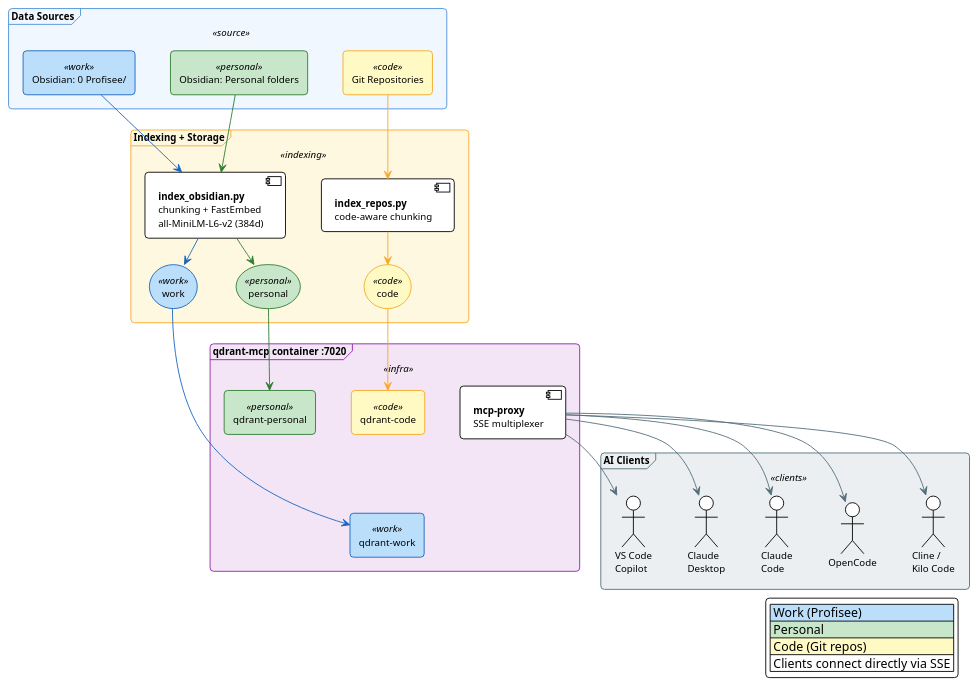
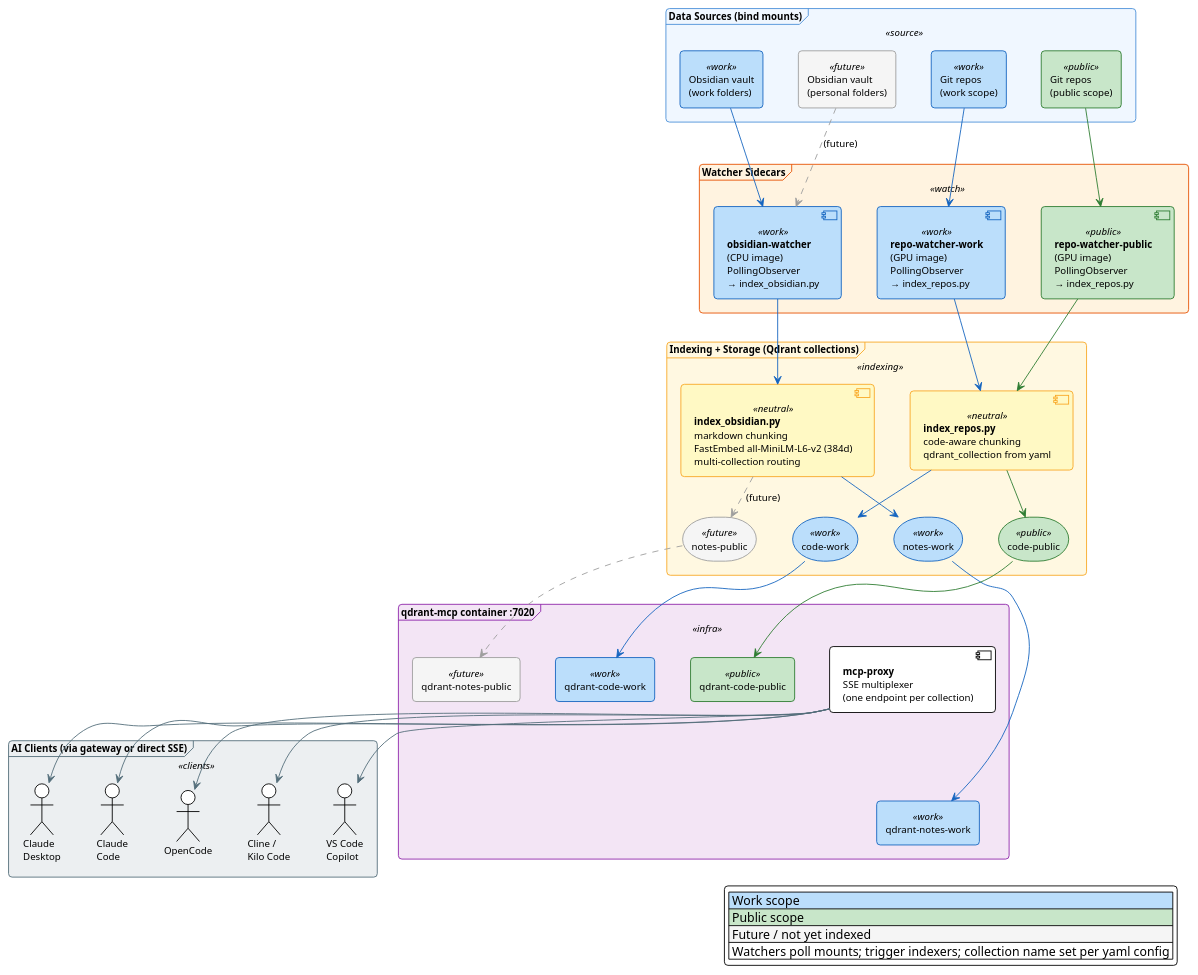
One commit to bobthearsonist/ai-infrastructure changed the diagram in mcps/qdrant-mcp/README.md. Above: the diagram before and after it, drawn with PlantUML. The commit also changed other lines of this file and 1 other file, not shown here.

```diff
--- a/mcps/qdrant-mcp/README.md
+++ b/mcps/qdrant-mcp/README.md
@@ -16,10 +16,12 @@
 skinparam nodesep 40
 skinparam ranksep 30
 
-' -- Color palette --
+' -- Color palette: scope-based (work / public) + neutral for shared infra --
 skinparam package {
   BackgroundColor<<source>> #F0F7FF
   BorderColor<<source>> #4A90D9
+  BackgroundColor<<watch>> #FFF3E0
+  BorderColor<<watch>> #E65100
   BackgroundColor<<indexing>> #FFF8E1
   BorderColor<<indexing>> #F9A825
   BackgroundColor<<infra>> #F3E5F5
@@ -31,59 +33,83 @@
 skinparam rectangle {
   BackgroundColor<<work>> #BBDEFB
   BorderColor<<work>> #1565C0
-  BackgroundColor<<personal>> #C8E6C9
-  BorderColor<<personal>> #2E7D32
-  BackgroundColor<<code>> #FFF9C4
-  BorderColor<<code>> #F9A825
+  BackgroundColor<<public>> #C8E6C9
+  BorderColor<<public>> #2E7D32
+  BackgroundColor<<future>> #F5F5F5
+  BorderColor<<future>> #9E9E9E
 }
 
 skinparam storage {
   BackgroundColor<<work>> #BBDEFB
   BorderColor<<work>> #1565C0
-  BackgroundColor<<personal>> #C8E6C9
-  BorderColor<<personal>> #2E7D32
-  BackgroundColor<<code>> #FFF9C4
-  BorderColor<<code>> #F9A825
+  BackgroundColor<<public>> #C8E6C9
+  BorderColor<<public>> #2E7D32
+  BackgroundColor<<future>> #F5F5F5
+  BorderColor<<future>> #9E9E9E
+}
+
+skinparam component {
+  BackgroundColor<<work>> #BBDEFB
+  BorderColor<<work>> #1565C0
+  BackgroundColor<<public>> #C8E6C9
+  BorderColor<<public>> #2E7D32
+  BackgroundColor<<neutral>> #FFF9C4
+  BorderColor<<neutral>> #F9A825
 }
 
 ' ══════════════════════════════════════
-' LAYER 1: DATA SOURCES
+' LAYER 1: DATA SOURCES (filesystem mounts)
 ' ══════════════════════════════════════
-package "Data Sources" <<source>> {
-  rectangle "Obsidian: 0 Profisee/" <<work>> as profisee
-  rectangle "Obsidian: Personal folders" <<personal>> as personal_files
-  rectangle "Git Repositories" <<code>> as repos
-  profisee -[hidden]right- personal_files
-  personal_files -[hidden]right- repos
+package "Data Sources (bind mounts)" <<source>> {
+  rectangle "Obsidian vault\n(work folders)" <<work>> as vault_work
+  rectangle "Obsidian vault\n(personal folders)" <<future>> as vault_public
+  rectangle "Git repos\n(work scope)" <<work>> as repos_work
+  rectangle "Git repos\n(public scope)" <<public>> as repos_public
+  vault_work -[hidden]right- vault_public
+  vault_public -[hidden]right- repos_work
+  repos_work -[hidden]right- repos_public
 }
 
 ' ══════════════════════════════════════
-' LAYER 2: INDEXING + STORAGE
+' LAYER 2: WATCHER SIDECARS (auto-reindex on change)
 ' ══════════════════════════════════════
-package "Indexing + Storage" <<indexing>> {
-  component "**index_obsidian.py**\nchunking + FastEmbed\nall-MiniLM-L6-v2 (384d)" as indexer
-  component "**index_repos.py**\ncode-aware chunking" as repo_indexer
-  storage "work" <<work>> as work_col
-  storage "personal" <<personal>> as personal_col
-  storage "code" <<code>> as code_col
+package "Watcher Sidecars" <<watch>> {
+  component "**obsidian-watcher**\n(CPU image)\nPollingObserver\n→ index_obsidian.py" <<work>> as w_obs
+  component "**repo-watcher-work**\n(GPU image)\nPollingObserver\n→ index_repos.py" <<work>> as w_repo_work
+  component "**repo-watcher-public**\n(GPU image)\nPollingObserver\n→ index_repos.py" <<public>> as w_repo_public
+  w_obs -[hidden]right- w_repo_work
+  w_repo_work -[hidden]right- w_repo_public
+}
+
+' ══════════════════════════════════════
+' LAYER 3: INDEXERS + COLLECTIONS
+' ══════════════════════════════════════
+package "Indexing + Storage (Qdrant collections)" <<indexing>> {
+  component "**index_obsidian.py**\nmarkdown chunking\nFastEmbed all-MiniLM-L6-v2 (384d)\nmulti-collection routing" <<neutral>> as indexer
+  component "**index_repos.py**\ncode-aware chunking\nqdrant_collection from yaml" <<neutral>> as repo_indexer
+  storage "notes-work" <<work>> as notes_work
+  storage "notes-public" <<future>> as notes_public
+  storage "code-work" <<work>> as code_work
+  storage "code-public" <<public>> as code_public
   indexer -[hidden]right- repo_indexer
 }
 
 ' ══════════════════════════════════════
-' LAYER 3: MCP INFRASTRUCTURE
+' LAYER 4: MCP INFRASTRUCTURE
 ' ══════════════════════════════════════
 package "qdrant-mcp container :7020" <<infra>> {
-  component "**mcp-proxy**\nSSE multiplexer" as proxy
-  rectangle "qdrant-work" <<work>> as work_sse
-  rectangle "qdrant-personal" <<personal>> as personal_sse
-  rectangle "qdrant-code" <<code>> as code_sse
-  proxy -[hidden]down- work_sse
+  component "**mcp-proxy**\nSSE multiplexer\n(one endpoint per collection)" as proxy
+  rectangle "qdrant-notes-work" <<work>> as sse_nw
+  rectangle "qdrant-notes-public" <<future>> as sse_np
+  rectangle "qdrant-code-work" <<work>> as sse_cw
+  rectangle "qdrant-code-public" <<public>> as sse_cp
+  proxy -[hidden]down- sse_nw
 }
 
 ' ══════════════════════════════════════
-' LAYER 4: AI CLIENTS
+' LAYER 5: AI CLIENTS
 ' ══════════════════════════════════════
-package "AI Clients" <<clients>> {
+package "AI Clients (via gateway or direct SSE)" <<clients>> {
   actor "VS Code\nCopilot" as copilot
   actor "Claude\nDesktop" as claude_desktop
   actor "Claude\nCode" as claude_code
@@ -99,22 +125,30 @@
 ' CONNECTIONS
 ' ══════════════════════════════════════
 
-' Layer 1 → Layer 2
-profisee -[#1565C0]down-> indexer
-personal_files -[#2E7D32]down-> indexer
-repos -[#F9A825]down-> repo_indexer
+' Layer 1 → Layer 2 (watchers observe sources)
+vault_work -[#1565C0]down-> w_obs
+vault_public -[#9E9E9E,dashed]down-> w_obs : (future)
+repos_work -[#1565C0]down-> w_repo_work
+repos_public -[#2E7D32]down-> w_repo_public
 
-' Indexers → Storage
-indexer -[#1565C0]down-> work_col
-indexer -[#2E7D32]down-> personal_col
-repo_indexer -[#F9A825]down-> code_col
+' Layer 2 → Layer 3 (watchers invoke indexers as subprocess)
+w_obs -[#1565C0]down-> indexer
+w_repo_work -[#1565C0]down-> repo_indexer
+w_repo_public -[#2E7D32]down-> repo_indexer
 
-' Layer 2 → Layer 3
-work_col -[#1565C0]down-> work_sse
-personal_col -[#2E7D32]down-> personal_sse
-code_col -[#F9A825]down-> code_sse
+' Layer 3: indexers → collections (via routing rules / yaml config)
+indexer -[#1565C0]down-> notes_work
+indexer -[#9E9E9E,dashed]down-> notes_public : (future)
+repo_indexer -[#1565C0]down-> code_work
+repo_indexer -[#2E7D32]down-> code_public
 
-' Layer 3 → Layer 4: Direct SSE access
+' Layer 3 → Layer 4 (collections exposed as named SSE endpoints)
+notes_work -[#1565C0]down-> sse_nw
+notes_public -[#9E9E9E,dashed]down-> sse_np
+code_work -[#1565C0]down-> sse_cw
+code_public -[#2E7D32]down-> sse_cp
+
+' Layer 4 → Layer 5: SSE access (direct or via gateway)
 proxy -[#546E7A]down-> copilot
 proxy -[#546E7A]down-> claude_desktop
 proxy -[#546E7A]down-> claude_code
@@ -122,10 +156,10 @@
 proxy -[#546E7A]down-> cline
 
 legend bottom right
-  |<#BBDEFB> Work (Profisee) |
-  |<#C8E6C9> Personal |
-  |<#FFF9C4> Code (Git repos) |
-  | Clients connect directly via SSE |
+  |<#BBDEFB> Work scope |
+  |<#C8E6C9> Public scope |
+  |<#F5F5F5> Future / not yet indexed |
+  | Watchers poll mounts; trigger indexers; collection name set per yaml config |
 end legend
 
 @enduml
```
